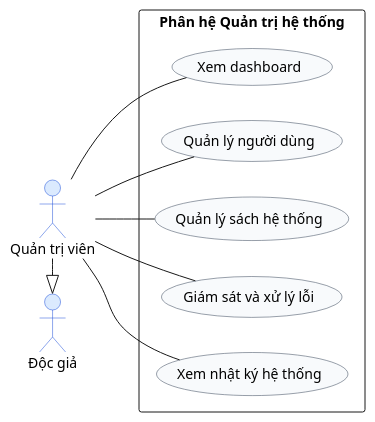
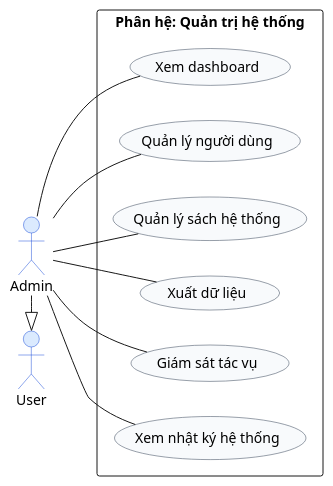
One commit to KhoaSinno/triam-backend changed the diagram in _docs_capstone/_dia/UseCase/sub_UC/triam_usecase_admin.puml. Above: the diagram before and after it, drawn with PlantUML. The commit also changed 8 other files, not shown here.

```diff
--- a/_docs_capstone/_dia/UseCase/sub_UC/triam_usecase_admin.puml
+++ b/_docs_capstone/_dia/UseCase/sub_UC/triam_usecase_admin.puml
@@ -1,37 +1,39 @@
 @startuml triam_usecase_admin
 skinparam Shadowing false
 skinparam backgroundColor #FFFFFF
 skinparam defaultFontName Arial
 ' skinparam roundcorner 14
 ' skinparam linetype ortho
 
 skinparam actor {
   BackgroundColor #DBEAFE
   BorderColor #1D4ED8
 }
 skinparam usecase {
   BackgroundColor #F8FAFC
   BorderColor #334155
 }
 
 left to right direction
 
-actor "Quản trị viên" as Admin
-actor "Độc giả" as Reader
+actor "Admin" as Admin
+actor "User" as Reader
 
-rectangle "Phân hệ Quản trị hệ thống" {
+rectangle "Phân hệ: Quản trị hệ thống" {
   (Xem dashboard) as UC_AdminDashboard
   (Quản lý người dùng) as UC_AdminUser
   (Quản lý sách hệ thống) as UC_AdminCatalog
-  (Giám sát và xử lý lỗi) as UC_AdminJob
+  (Xuất dữ liệu) as UC_ExportData
+  (Giám sát tác vụ) as UC_AdminJob
   (Xem nhật ký hệ thống) as UC_Audit
 }
 
 Admin -- UC_AdminDashboard
 Admin -- UC_AdminUser
 Admin -- UC_AdminCatalog
+Admin -- UC_ExportData
 Admin -- UC_AdminJob
 Admin -- UC_Audit
 Admin -|> Reader
 
 @enduml
```
